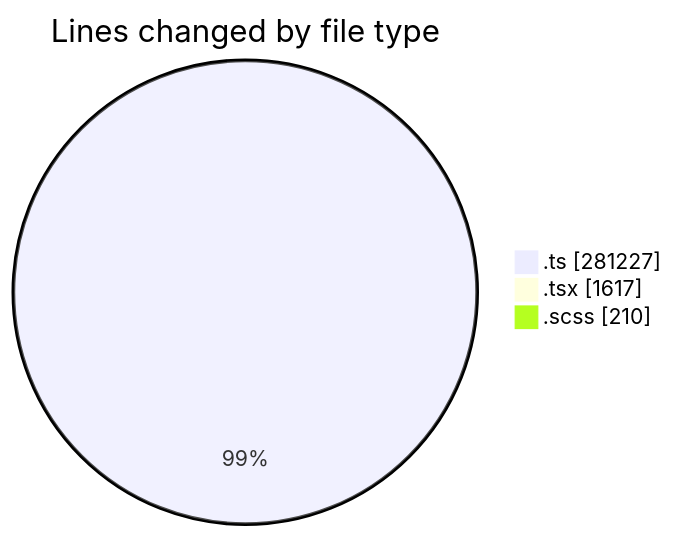
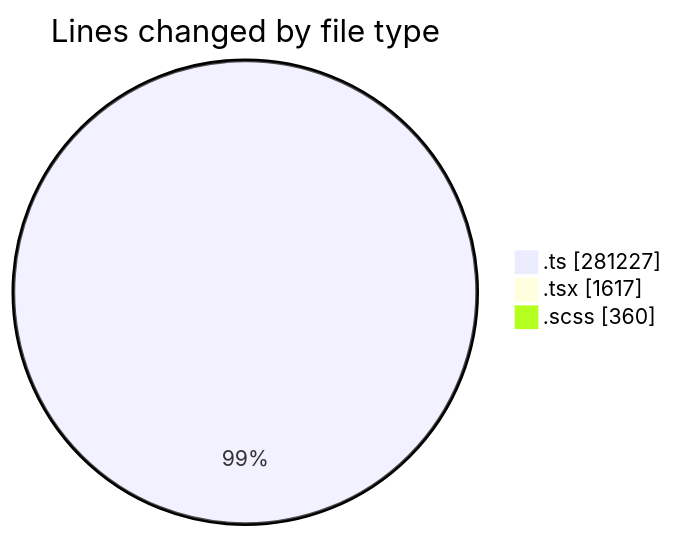
Before and after one commit to momahboobian/code-tracking: the first of 2 diagrams in 2025-08-22/cda/README.md, drawn with Mermaid. The commit also changed other lines of this file and 1 other file, not shown here.

````diff
--- a/2025-08-22/cda/README.md
+++ b/2025-08-22/cda/README.md
@@ -39,7 +40,7 @@
 ```mermaid
 pie showData
 title Lines changed by file type
 ".ts" : 281227
 ".tsx" : 1617
-".scss" : 210
+".scss" : 360
 ```
````
